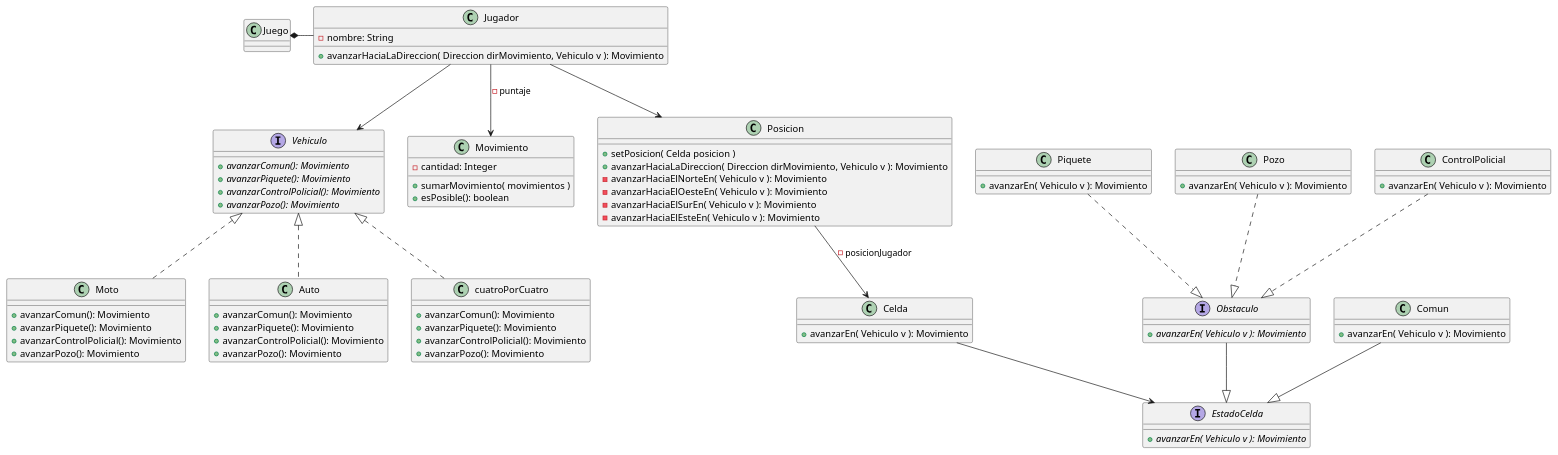
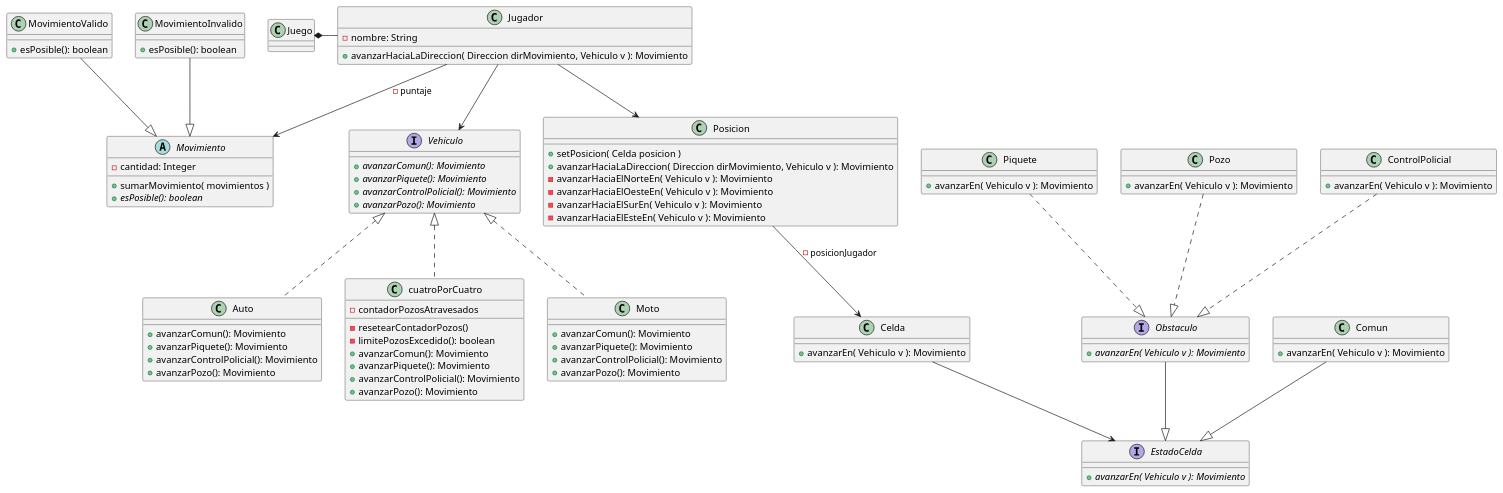
One commit to rodrigovzq/algo3_tp2 changed the diagram in diagrams/borradores/DiagramaClase_v0_2.puml. Above: the diagram before and after it, drawn with PlantUML. The commit also changed 6 other files, not shown here.

Commit message:
Actualizacion de los diagramas

```diff
--- a/diagrams/borradores/DiagramaClase_v0_2.puml
+++ b/diagrams/borradores/DiagramaClase_v0_2.puml
@@ -1,134 +1,147 @@
 @startuml
 ' Diagrama que representa lo necesario para
 'visualizar el diagrama secuencia Version 0.1
 
 'Clase que encargada de la lógica del juego
 class Juego
 
 Juego *-right- Jugador
 
 'Clase que encapsula la logica de movimientos.
-class Movimiento{
+abstract class Movimiento{
     - cantidad: Integer
     + sumarMovimiento( movimientos )
+    + {abstract} esPosible(): boolean
+}
+
+class MovimientoValido{
     + esPosible(): boolean
 }
+class MovimientoInvalido{
+    +  esPosible(): boolean
+}
+
+MovimientoValido --|> Movimiento
+MovimientoInvalido --|> Movimiento
 
 interface Vehiculo{
     + {abstract} avanzarComun(): Movimiento
     + {abstract} avanzarPiquete(): Movimiento
     + {abstract} avanzarControlPolicial(): Movimiento
     + {abstract} avanzarPozo(): Movimiento
 }
 
 Moto .up.|> Vehiculo
 Auto .up.|> Vehiculo
 cuatroPorCuatro .up.|> Vehiculo
 
 class Moto{
     + avanzarComun(): Movimiento
     + avanzarPiquete(): Movimiento
     + avanzarControlPolicial(): Movimiento
     + avanzarPozo(): Movimiento
 }
 class Auto{
     + avanzarComun(): Movimiento
     + avanzarPiquete(): Movimiento
     + avanzarControlPolicial(): Movimiento
     + avanzarPozo(): Movimiento
 }
 class cuatroPorCuatro{
+    - contadorPozosAtravesados
+    - resetearContadorPozos()
+    - limitePozosExcedido(): boolean
     + avanzarComun(): Movimiento
     + avanzarPiquete(): Movimiento
     + avanzarControlPolicial(): Movimiento
     + avanzarPozo(): Movimiento
 }
 
 
 
 
 'Clase que representa el estado del jugador.
 class Jugador{
     - nombre: String
     + avanzarHaciaLaDireccion( Direccion dirMovimiento, Vehiculo v ): Movimiento
 }
 
 Jugador -down-> Vehiculo
 Jugador --> Movimiento: - puntaje
 Jugador --> Posicion
 
 'Hay que ver como, pero de alguna manera, por medio de la celda que compone a la posicion
 'le hablamos a una de las celdas adyacentes para movernos con el vehiculo.
 class Posicion{
     + setPosicion( Celda posicion )
     + avanzarHaciaLaDireccion( Direccion dirMovimiento, Vehiculo v ): Movimiento
     - avanzarHaciaElNorteEn( Vehiculo v ): Movimiento
     - avanzarHaciaElOesteEn( Vehiculo v ): Movimiento
     - avanzarHaciaElSurEn( Vehiculo v ): Movimiento
     - avanzarHaciaElEsteEn( Vehiculo v ): Movimiento
 }
 
 Posicion --> Celda: - posicionJugador
 
 'Clase que representa cada manzana del mapa.
 'Esta se va a comunicar con su estado, que representa
 'un "evento" particular.
 class Celda{
     + avanzarEn( Vehiculo v ): Movimiento
 }
 
 Celda --> EstadoCelda
 
 'Patron State, cada celda tiene un estado/evento que va a utilizar
 'la información que le pasemos por parametros de manera distinta.
 
 interface EstadoCelda{
     + {abstract} avanzarEn( Vehiculo v ): Movimiento
 }
 
 Obstaculo --|> EstadoCelda
 Comun --|> EstadoCelda
 
 class Comun{
     + avanzarEn( Vehiculo v ): Movimiento
 }
 
 interface Obstaculo{
     + {abstract} avanzarEn( Vehiculo v ): Movimiento
 }
 
 class Piquete{
     + avanzarEn( Vehiculo v ): Movimiento
 }
 class Pozo{
     + avanzarEn( Vehiculo v ): Movimiento
 }
 class ControlPolicial{
     + avanzarEn( Vehiculo v ): Movimiento
 }
 
 Piquete ..|> Obstaculo
 Pozo ..|> Obstaculo
 ControlPolicial ..|> Obstaculo
 
 
 /' Por ahora no nos interesan las sorpresas
 interface Sorpresa{
     + {abstract} avanzarEn( Vehiculo v ): Movimiento
 }
 
 Sorpresa --|> EstadoCelda
 class Favorable{
     + avanzarEn( Vehiculo v ): Movimiento
 }
 Favorable ..|> Sorpresa
 class Desfavorable{
     + avanzarEn( Vehiculo v ): Movimiento
 }
 Desfavorable ..|> Sorpresa
 class CambioVehiculo{
     + avanzarEn( Vehiculo v ): Movimiento
 }
 CambioVehiculo ..|> Sorpresa
 '/
 @enduml
```
